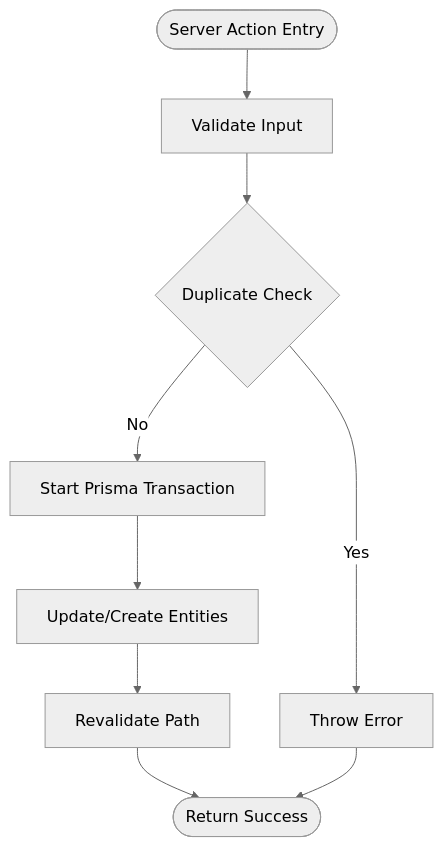
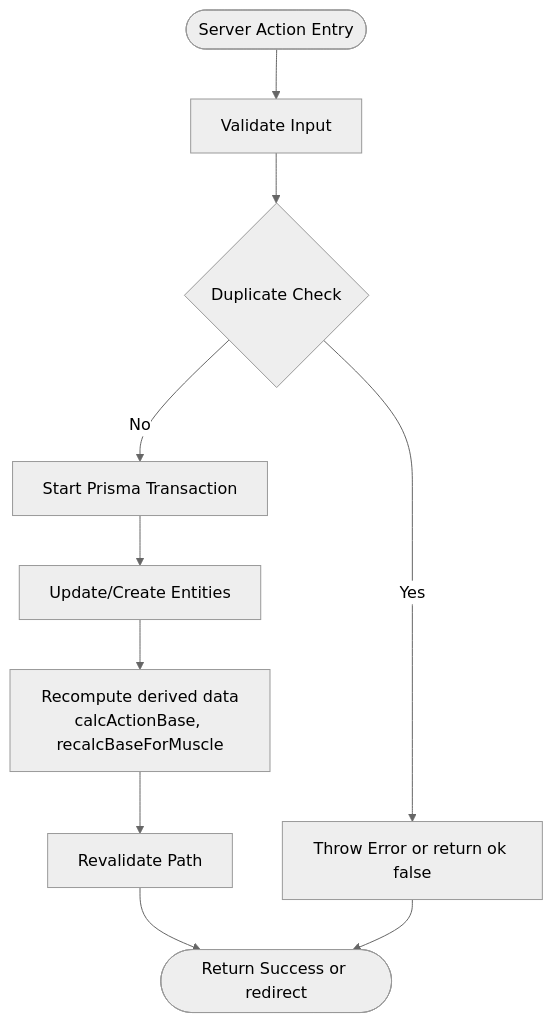
The fifth of 8 diagrams in .qoder/repowiki/en/content/Architecture Overview/Architecture Overview.md (Dezzpil/meingym), drawn with Mermaid (neutral theme) before and after one commit. The commit also changed other lines of this file and 12 other files, not shown here.

````diff
--- a/.qoder/repowiki/en/content/Architecture Overview/Architecture Overview.md
+++ b/.qoder/repowiki/en/content/Architecture Overview/Architecture Overview.md
@@ -221,11 +285,12 @@
 ```mermaid
 flowchart TD
 Start(["Server Action Entry"]) --> Validate["Validate Input"]
 Validate --> Exists{"Duplicate Check"}
-Exists --> |Yes| ThrowError["Throw Error"]
+Exists --> |Yes| ThrowError["Throw Error or return ok false"]
 Exists --> |No| Transaction["Start Prisma Transaction"]
 Transaction --> UpdateEntities["Update/Create Entities"]
-UpdateEntities --> Revalidate["Revalidate Path"]
-Revalidate --> End(["Return Success"])
+UpdateEntities --> Recalc["Recompute derived data<br/>calcActionBase, recalcBaseForMuscle"]
+Recalc --> Revalidate["Revalidate Path"]
+Revalidate --> End(["Return Success or redirect"])
 ThrowError --> End
 ```
````
